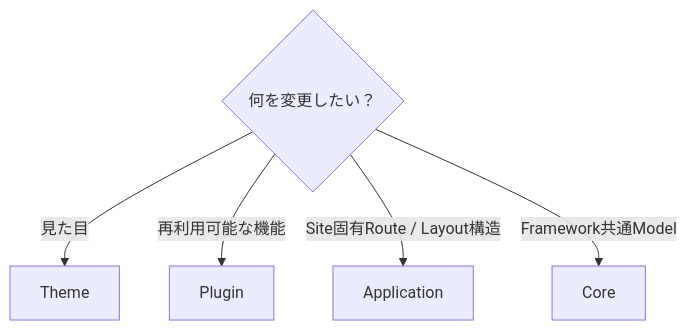
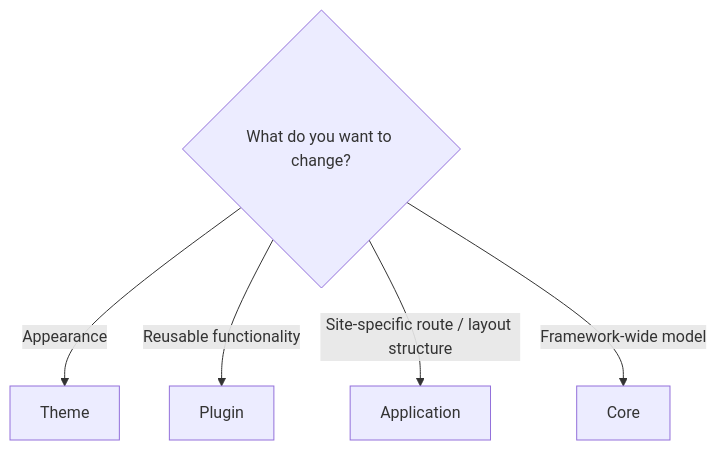
The first of 2 diagrams in docs/docs/framework/theme-system.md (Rerurate514/riebeckite), drawn with Mermaid before and after one commit. The commit also changed other lines of this file and 604 other files, not shown here.

````diff
--- a/docs/docs/framework/theme-system.md
+++ b/docs/docs/framework/theme-system.md
@@ -43,9 +37,9 @@
-```mermaid id="5c6pd8"
+```mermaid
 flowchart TD
-    Q{"何を変更したい？"}
+    Q{"What do you want to change?"}
 
-    Q -->|"見た目"| Theme["Theme"]
-    Q -->|"再利用可能な機能"| Plugin["Plugin"]
-    Q -->|"Site固有Route / Layout構造"| App["Application"]
-    Q -->|"Framework共通Model"| Core["Core"]
+    Q -->|"Appearance"| Theme["Theme"]
+    Q -->|"Reusable functionality"| Plugin["Plugin"]
+    Q -->|"Site-specific route / layout structure"| App["Application"]
+    Q -->|"Framework-wide model"| Core["Core"]
 ```
````
